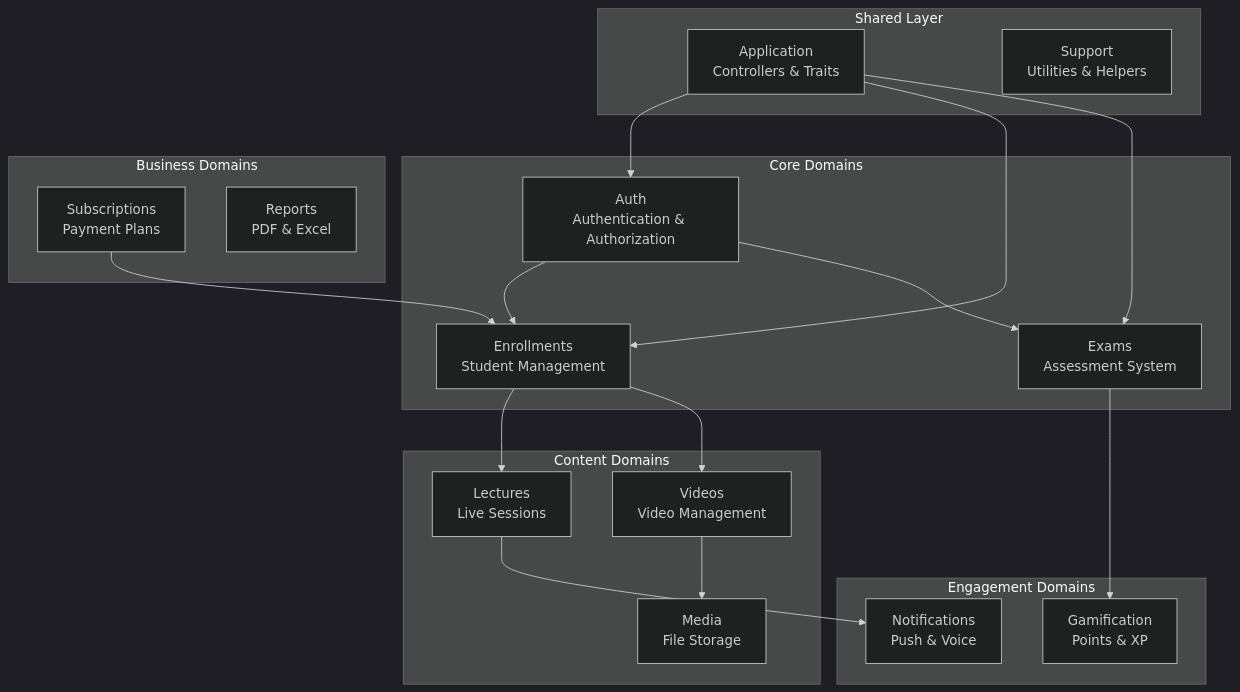
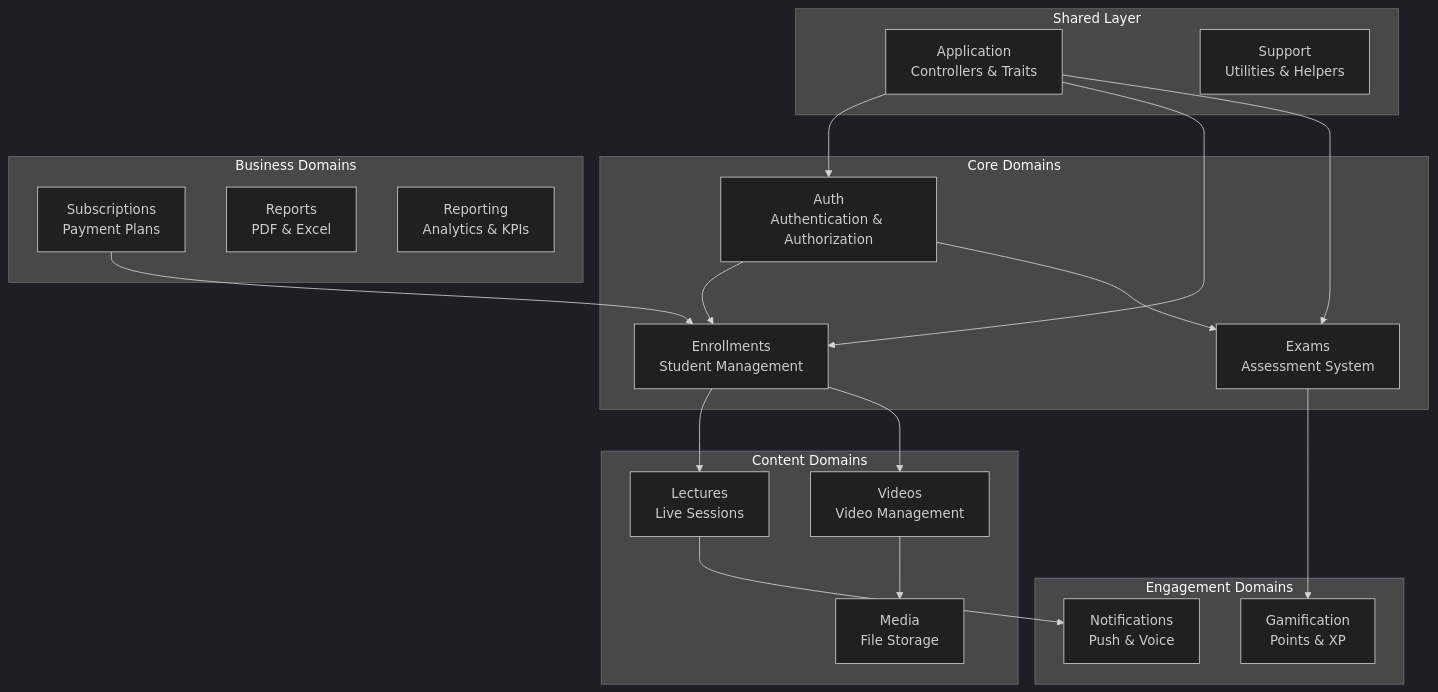
The diagram in docs/backend/domains/index.md (Abdelrahman842003/lms), drawn with Mermaid (dark theme) before and after one commit. The commit also changed other lines of this file and 72 other files, not shown here.

````diff
--- a/docs/backend/domains/index.md
+++ b/docs/backend/domains/index.md
@@ -12,41 +12,42 @@
 ```mermaid
 graph TB
     subgraph Core["Core Domains"]
         Auth["Auth<br/>Authentication & Authorization"]
         Enrollments["Enrollments<br/>Student Management"]
         Exams["Exams<br/>Assessment System"]
     end
     
     subgraph Content["Content Domains"]
         Lectures["Lectures<br/>Live Sessions"]
         Videos["Videos<br/>Video Management"]
         Media["Media<br/>File Storage"]
     end
     
     subgraph Engagement["Engagement Domains"]
         Gamification["Gamification<br/>Points & XP"]
         Notifications["Notifications<br/>Push & Voice"]
     end
     
     subgraph Business["Business Domains"]
         Subscriptions["Subscriptions<br/>Payment Plans"]
         Reports["Reports<br/>PDF & Excel"]
+        Reporting["Reporting<br/>Analytics & KPIs"]
     end
     
     subgraph Shared["Shared Layer"]
         Application["Application<br/>Controllers & Traits"]
         Support["Support<br/>Utilities & Helpers"]
     end
     
     Auth --> Enrollments
     Auth --> Exams
     Enrollments --> Lectures
     Enrollments --> Videos
     Exams --> Gamification
     Lectures --> Notifications
     Videos --> Media
     Subscriptions --> Enrollments
     Application --> Auth
     Application --> Enrollments
     Application --> Exams
 ```
````
